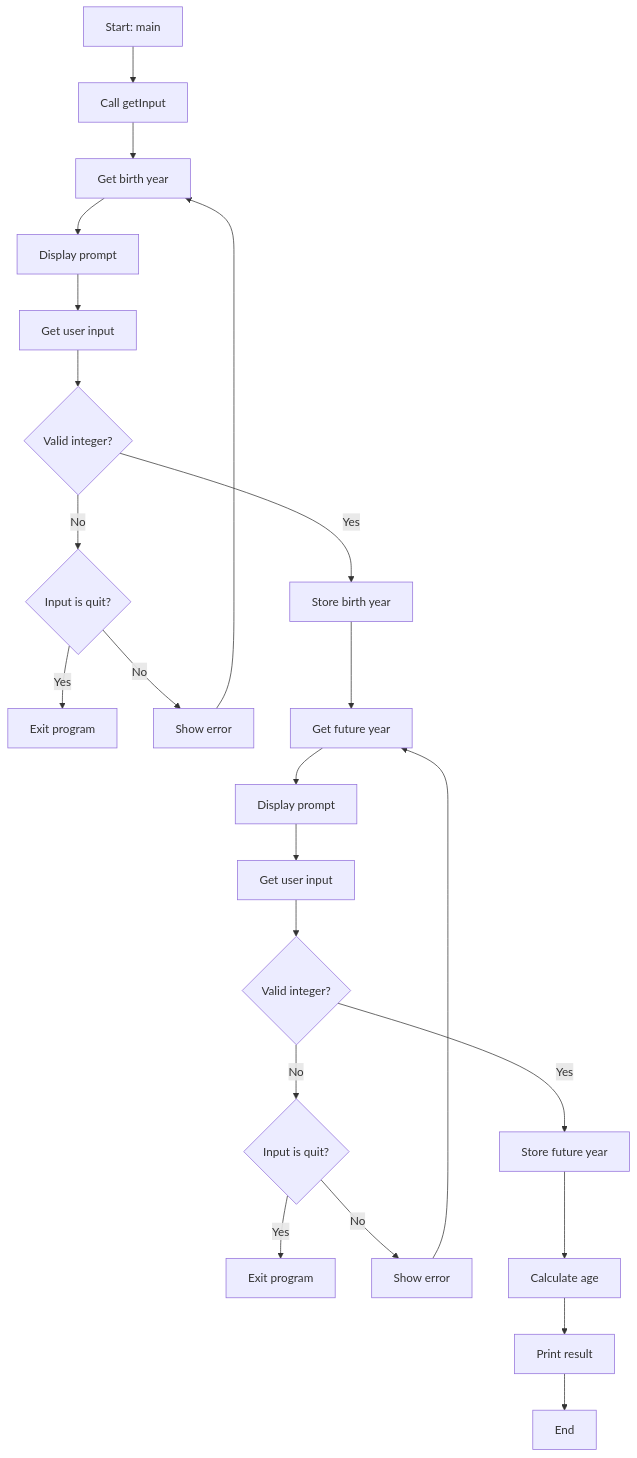
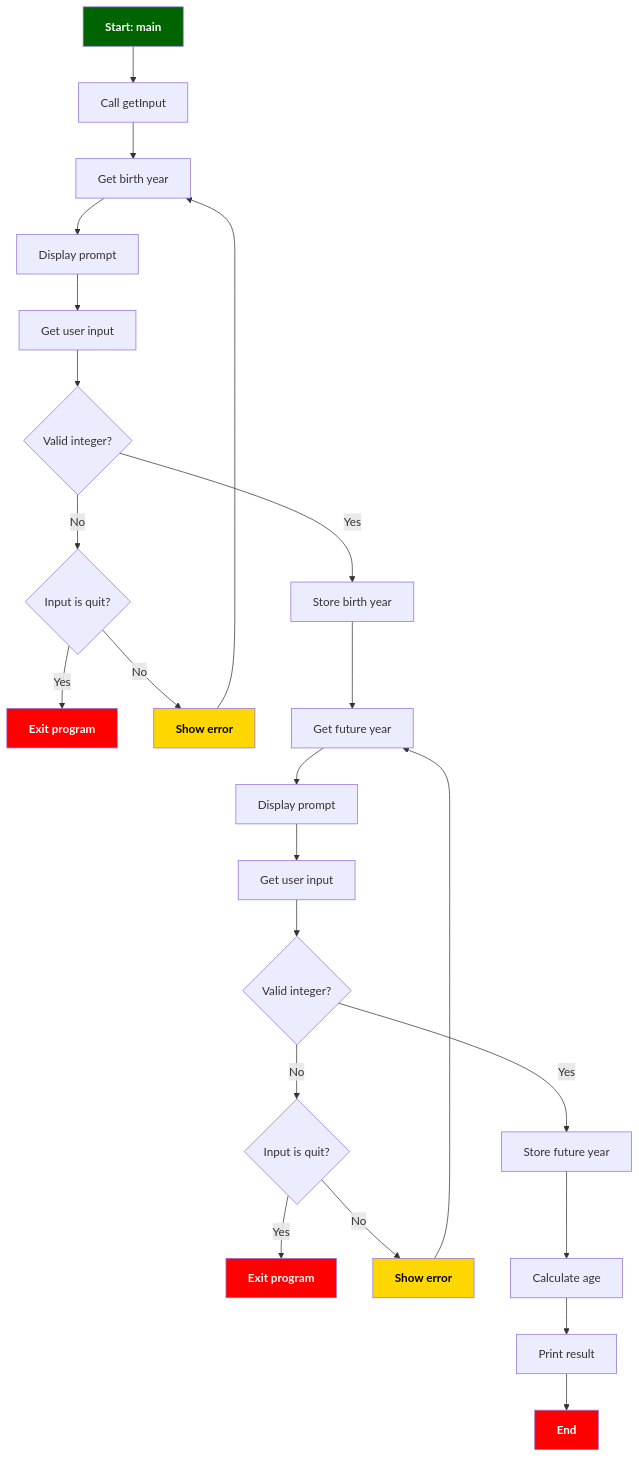
One commit to nagashi/age-haskell changed the diagram in README.md. Above: the diagram before and after it, drawn with Mermaid.

Commit message:
Added color to some nodes

````diff
--- a/README.md
+++ b/README.md
@@ -5,25 +5,32 @@
 ```mermaid
 graph TD
 A[Start: main] --> B[Call getInput]
 B --> C[Get birth year]
 C --> D[Display prompt]
 D --> E[Get user input]
 E --> F{Valid integer?}
 F -->|No| G{Input is quit?}
 G -->|Yes| H[Exit program]
 G -->|No| I[Show error]
 I --> C
 F -->|Yes| J[Store birth year]
 J --> K[Get future year]
 K --> L[Display prompt]
 L --> M[Get user input]
 M --> N{Valid integer?}
 N -->|No| O{Input is quit?}
 O -->|Yes| P[Exit program]
 O -->|No| Q[Show error]
 Q --> K
 N -->|Yes| R[Store future year]
 R --> S[Calculate age]
 S --> T[Print result]
 T --> U[End]
+
+classDef yellowNode fill:#FFD700,color:#000,font-weight:bold;
+class I,Q yellowNode;
+classDef greenNode fill:#006400,color:#ffffff,font-weight:bold;
+class A greenNode;
+classDef redNode fill:#FF0000,color:#FFFFFF,font-weight:bold;
+class H,P,U redNode;
 ```
````
